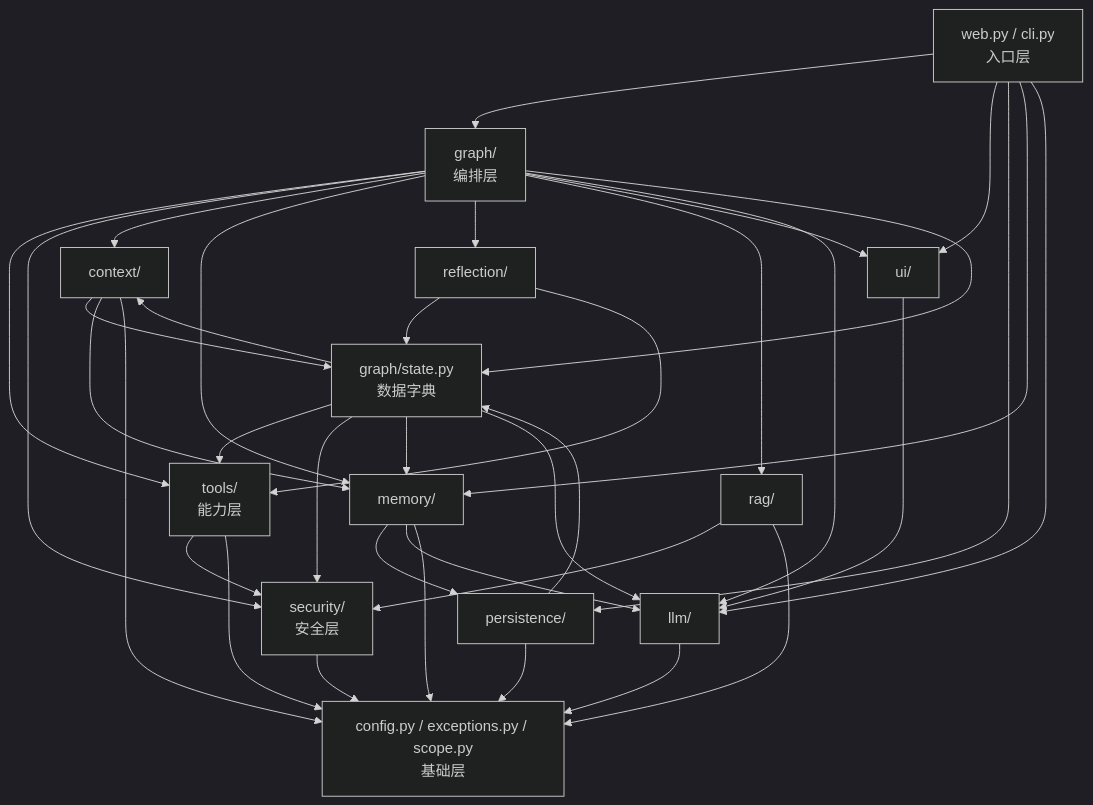
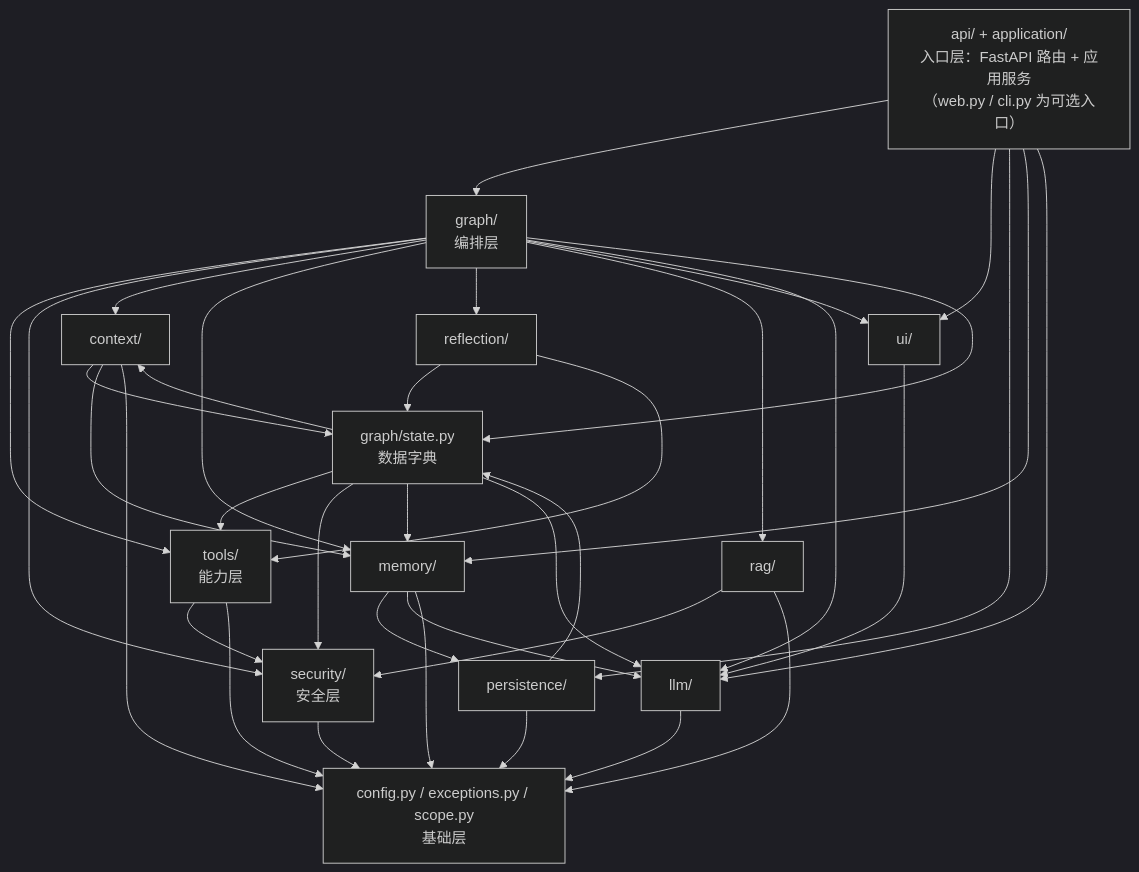
The diagram in docs/lessons/03-project-map.md (LaoTouAiLe/chaiai), drawn with Mermaid (dark theme) before and after one commit. The commit also changed other lines of this file and 27 other files, not shown here.

````diff
--- a/docs/lessons/03-project-map.md
+++ b/docs/lessons/03-project-map.md
@@ -89,53 +99,53 @@
 ```mermaid
 flowchart TD
-    WEB[web.py / cli.py<br/>入口层]
+    WEB[api/ + application/<br/>入口层：FastAPI 路由 + 应用服务<br/>（web.py / cli.py 为可选入口）]
     GRAPH[graph/<br/>编排层]
     STATE[graph/state.py<br/>数据字典]
     TOOLS[tools/<br/>能力层]
     SEC[security/<br/>安全层]
     CTX[context/]
     MEM[memory/]
     REF[reflection/]
     RAG[rag/]
     UI[ui/]
     PERS[persistence/]
     LLM[llm/]
     CFG[config.py / exceptions.py / scope.py<br/>基础层]
 
     WEB --> GRAPH
     WEB --> UI
     WEB --> PERS
     WEB --> MEM
     WEB --> LLM
     GRAPH --> TOOLS
     GRAPH --> SEC
     GRAPH --> CTX
     GRAPH --> MEM
     GRAPH --> REF
     GRAPH --> RAG
     GRAPH --> UI
     GRAPH --> LLM
     GRAPH --> STATE
     STATE --> TOOLS
     STATE --> SEC
     STATE --> CTX
     STATE --> MEM
     STATE --> LLM
     TOOLS --> SEC
     RAG --> SEC
     REF --> STATE
     REF --> TOOLS
     CTX --> STATE
     CTX --> MEM
     MEM --> PERS
     MEM --> LLM
     PERS --> STATE
     UI --> LLM
     SEC --> CFG
     LLM --> CFG
     MEM --> CFG
     TOOLS --> CFG
     PERS --> CFG
     CTX --> CFG
     RAG --> CFG
 ```
````
